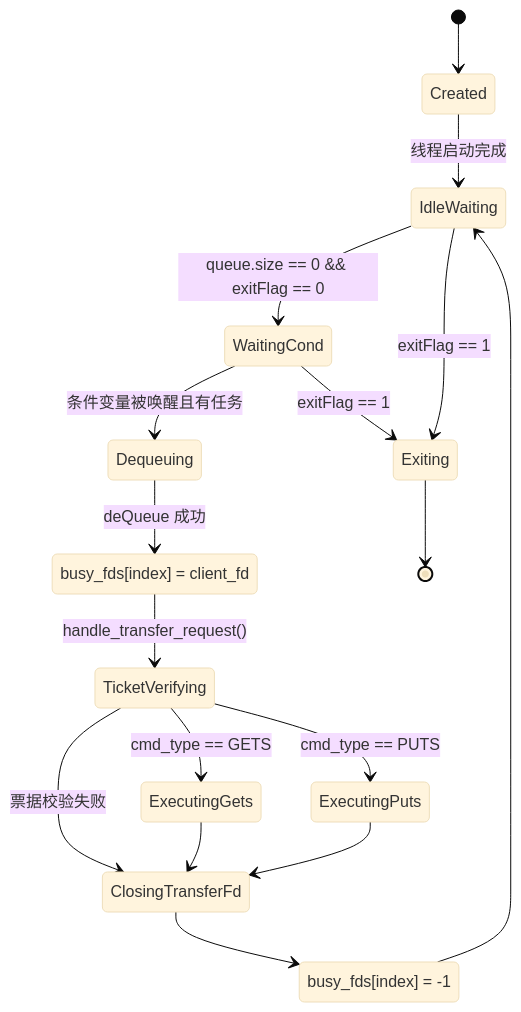
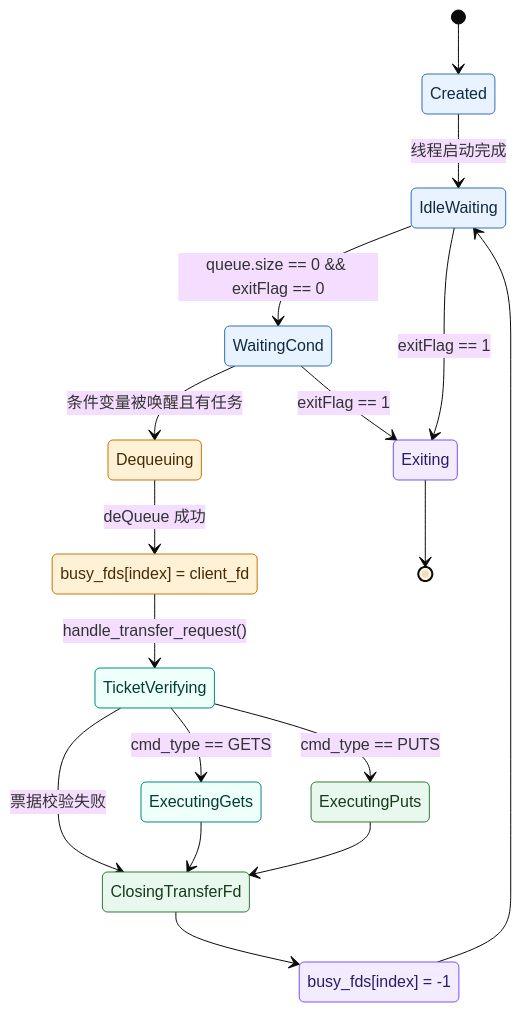
One commit to panlong-studio/WindCloud_V4 changed the sixth of 12 diagrams in docs/V5全流程状态图详解.md. Above: the diagram before and after it, drawn with Mermaid (base theme). The commit also changed other lines of this file and 5 other files, not shown here.

````diff
--- a/docs/V5全流程状态图详解.md
+++ b/docs/V5全流程状态图详解.md
@@ -460,25 +524,37 @@
 ```mermaid
 stateDiagram-v2
     [*] --> Created
     Created --> IdleWaiting: 线程启动完成
     IdleWaiting --> WaitingCond: queue.size == 0 && exitFlag == 0
     WaitingCond --> Dequeuing: 条件变量被唤醒且有任务
     Dequeuing --> Busy: deQueue 成功
     Busy: busy_fds[index] = client_fd
 
     Busy --> TicketVerifying: handle_transfer_request()
     TicketVerifying --> ExecutingGets: cmd_type == GETS
     TicketVerifying --> ExecutingPuts: cmd_type == PUTS
     TicketVerifying --> ClosingTransferFd: 票据校验失败
 
     ExecutingGets --> ClosingTransferFd
     ExecutingPuts --> ClosingTransferFd
 
     ClosingTransferFd --> ClearingBusyFlag
     ClearingBusyFlag: busy_fds[index] = -1
     ClearingBusyFlag --> IdleWaiting
 
     WaitingCond --> Exiting: exitFlag == 1
     IdleWaiting --> Exiting: exitFlag == 1
     Exiting --> [*]
+    classDef init fill:#E8F3FF,stroke:#2F6FB6,color:#102A43
+    classDef active fill:#FFF1D6,stroke:#C77700,color:#4A2B00
+    classDef transfer fill:#EFFFFA,stroke:#00897B,color:#003D35
+    classDef success fill:#E9F8EF,stroke:#2E7D32,color:#173B1A
+    classDef final fill:#F3ECFF,stroke:#7C4DFF,color:#2D1B69
+    classDef fail fill:#FFECEC,stroke:#C62828,color:#4A0D0D
+
+    class Created,IdleWaiting,WaitingCond init
+    class Dequeuing,Busy active
+    class TicketVerifying,ExecutingGets transfer
+    class ExecutingPuts,ClosingTransferFd success
+    class ClearingBusyFlag,Exiting final
 ```
````
